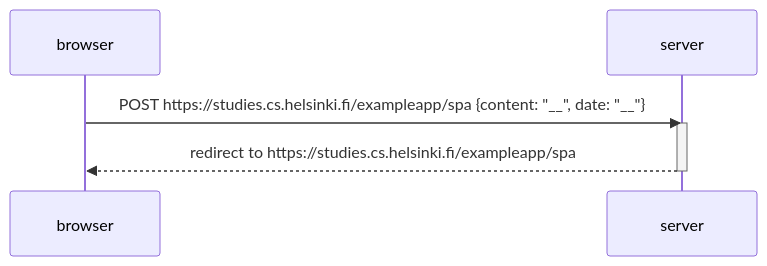
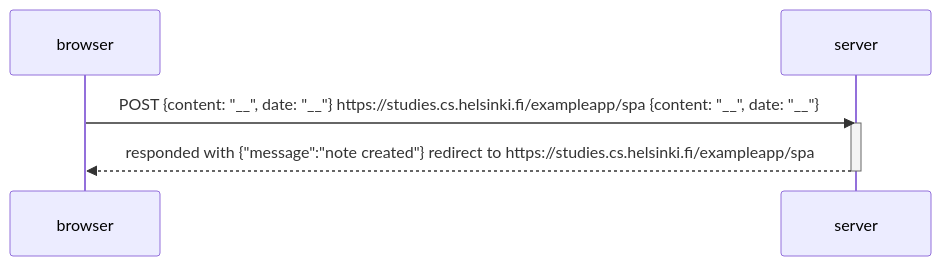
One commit to MattMunoz/Full-Stack-Helsinki changed the diagram in part 0/0_6.md. Above: the diagram before and after it, drawn with Mermaid.

````diff
--- a/part 0/0_6.md
+++ b/part 0/0_6.md
@@ -1,10 +1,10 @@
 ```mermaid
 sequenceDiagram
     participant browser
     participant server
 
-    browser->>server: POST https://studies.cs.helsinki.fi/exampleapp/spa {content: "__", date: "__"}
+    browser->>server: POST {content: "__", date: "__"} https://studies.cs.helsinki.fi/exampleapp/spa {content: "__", date: "__"}
     activate server
-    server-->>browser: redirect to https://studies.cs.helsinki.fi/exampleapp/spa
+    server-->>browser: responded with {"message":"note created"} redirect to https://studies.cs.helsinki.fi/exampleapp/spa
     deactivate server
 ```
````
